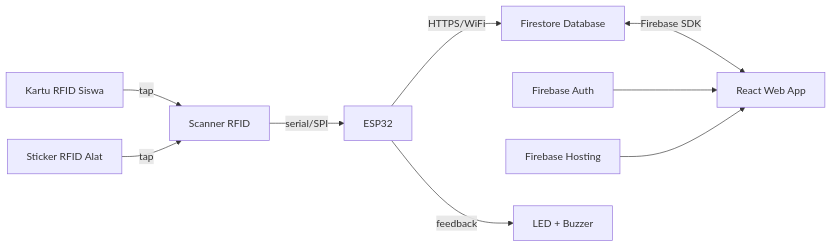
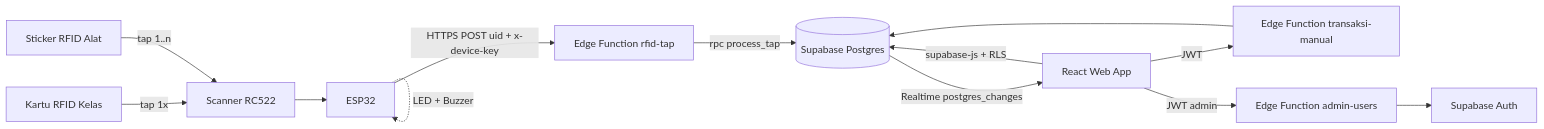
One commit to pkmsmkn9kabtangerang-cmyk/peminjaman-alat-lab changed the diagram in PLAN.md. Above: the diagram before and after it, drawn with Mermaid. The commit also changed other lines of this file and 44 other files, not shown here.

````diff
--- a/PLAN.md
+++ b/PLAN.md
@@ -7,11 +21,15 @@
 ```mermaid
 flowchart LR
-    A[Kartu RFID Siswa] -->|tap| B[Scanner RFID]
-    A2[Sticker RFID Alat] -->|tap| B
-    B -->|serial/SPI| C[ESP32]
-    C -->|HTTPS/WiFi| D[Firestore Database]
-    D <-->|Firebase SDK| E[React Web App]
-    F[Firebase Auth] --> E
-    G[Firebase Hosting] --> E
-    C -->|feedback| H[LED + Buzzer]
+    A[Kartu RFID Kelas] -->|tap 1x| S[Scanner RC522]
+    B[Sticker RFID Alat] -->|tap 1..n| S
+    S --> E[ESP32]
+    E -->|HTTPS POST uid + x-device-key| F1[Edge Function rfid-tap]
+    F1 -->|rpc process_tap| DB[(Supabase Postgres)]
+    W[React Web App] -->|supabase-js + RLS| DB
+    W -->|JWT| F2[Edge Function transaksi-manual]
+    W -->|JWT admin| F3[Edge Function admin-users]
+    F2 --> DB
+    F3 --> AU[Supabase Auth]
+    DB -->|Realtime postgres_changes| W
+    E -.->|LED + Buzzer| E
 ```
````
